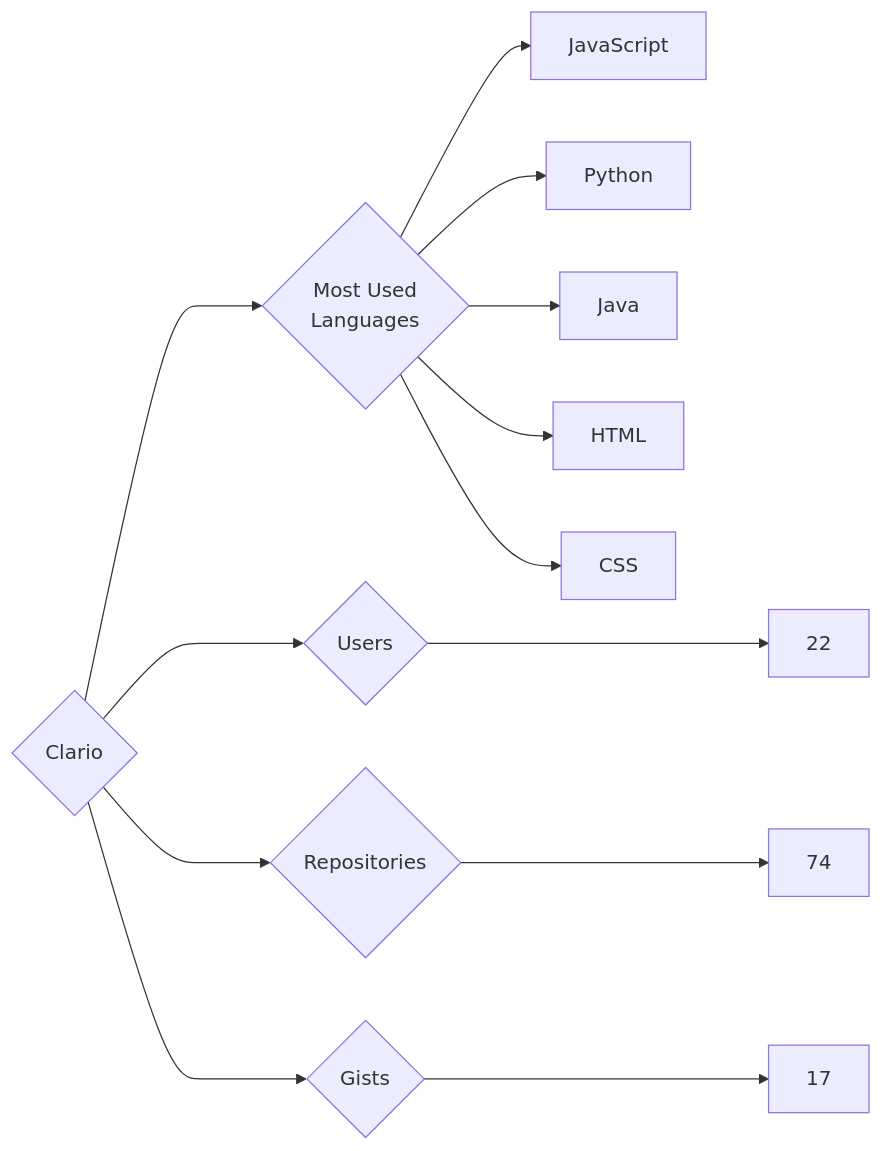
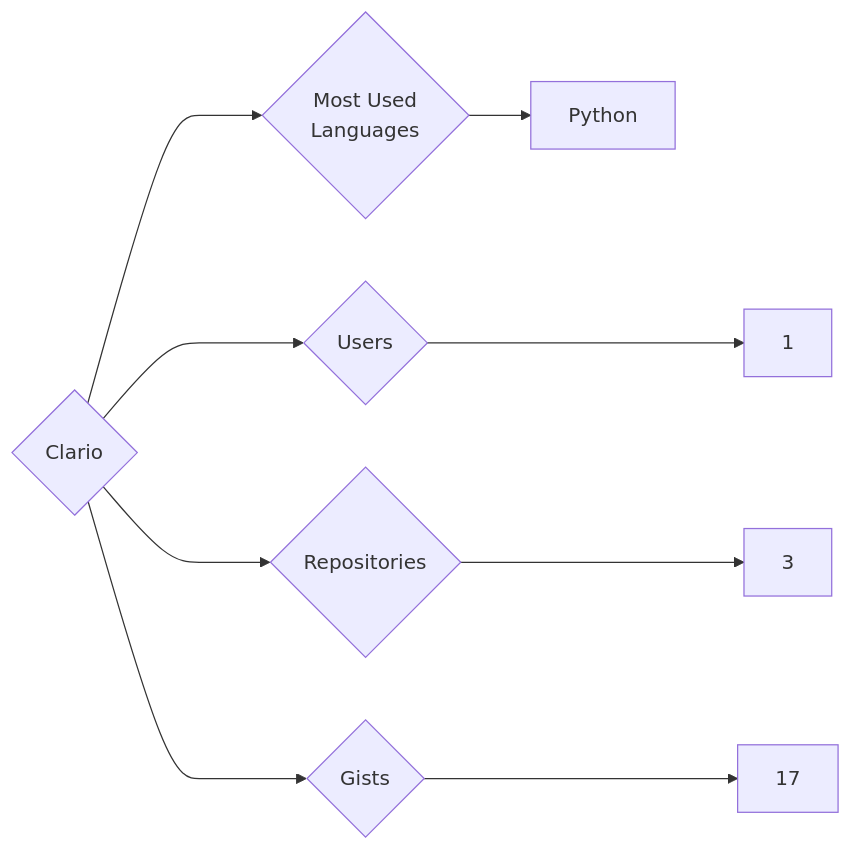
One commit to trickest/insiders changed the diagram in targets/Clario/README.md. Above: the diagram before and after it, drawn with Mermaid. The commit also changed 882 other files, not shown here.

````diff
--- a/targets/Clario/README.md
+++ b/targets/Clario/README.md
@@ -3,13 +3,9 @@
 ```mermaid
 graph LR
 COMPANY_NAME{Clario}
-COMPANY_NAME ---> U{Users} ---> UN[22]
-COMPANY_NAME ---> R{Repositories} ---> RN[74]
+COMPANY_NAME ---> U{Users} ---> UN[1]
+COMPANY_NAME ---> R{Repositories} ---> RN[3]
 COMPANY_NAME ---> G{Gists} ---> GN[17]
 COMPANY_NAME ---> ML{Most Used<br>Languages}
-ML --> JavaScript[JavaScript]
 ML --> Python[Python]
-ML --> Java[Java]
-ML --> HTML[HTML]
-ML --> CSS[CSS]
 ```
````
